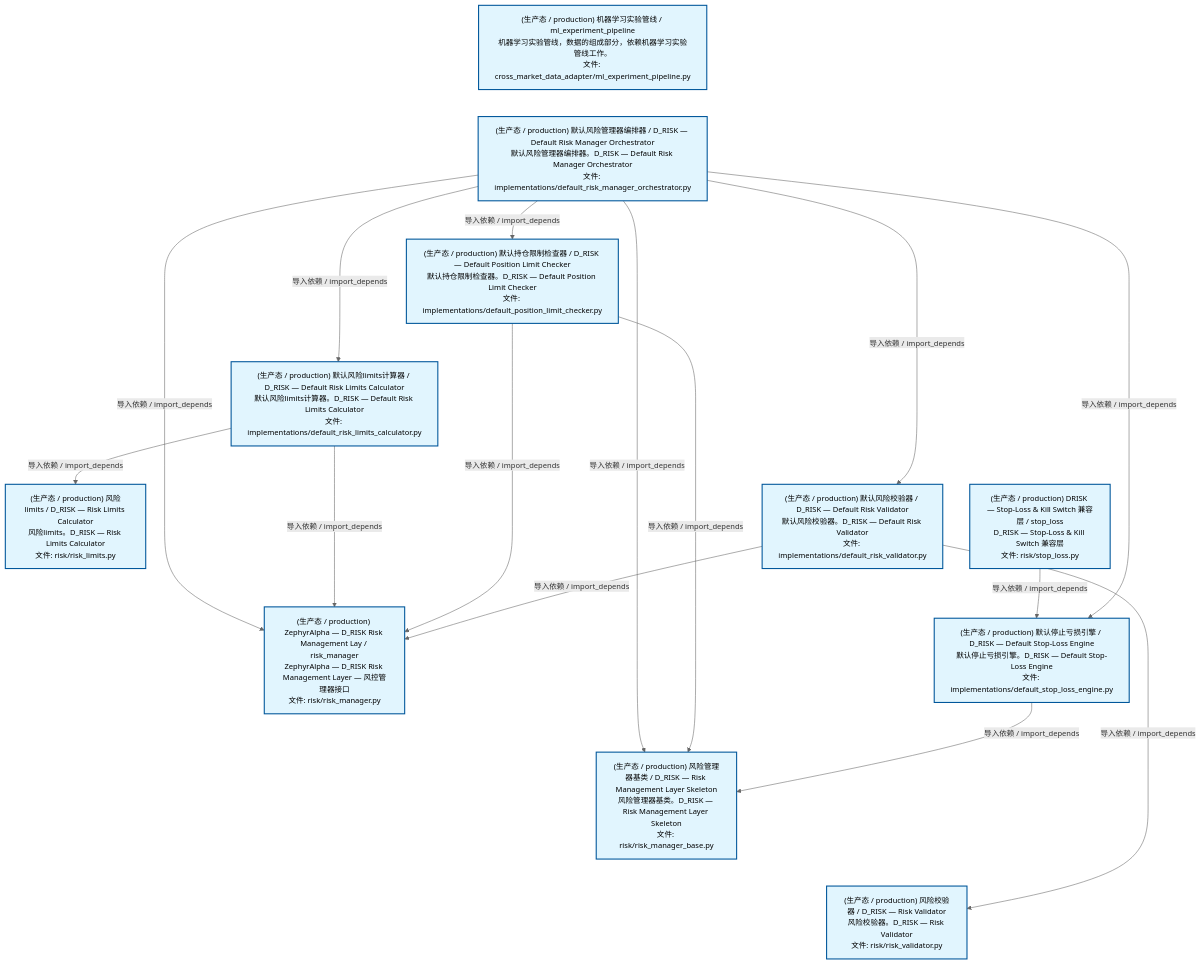
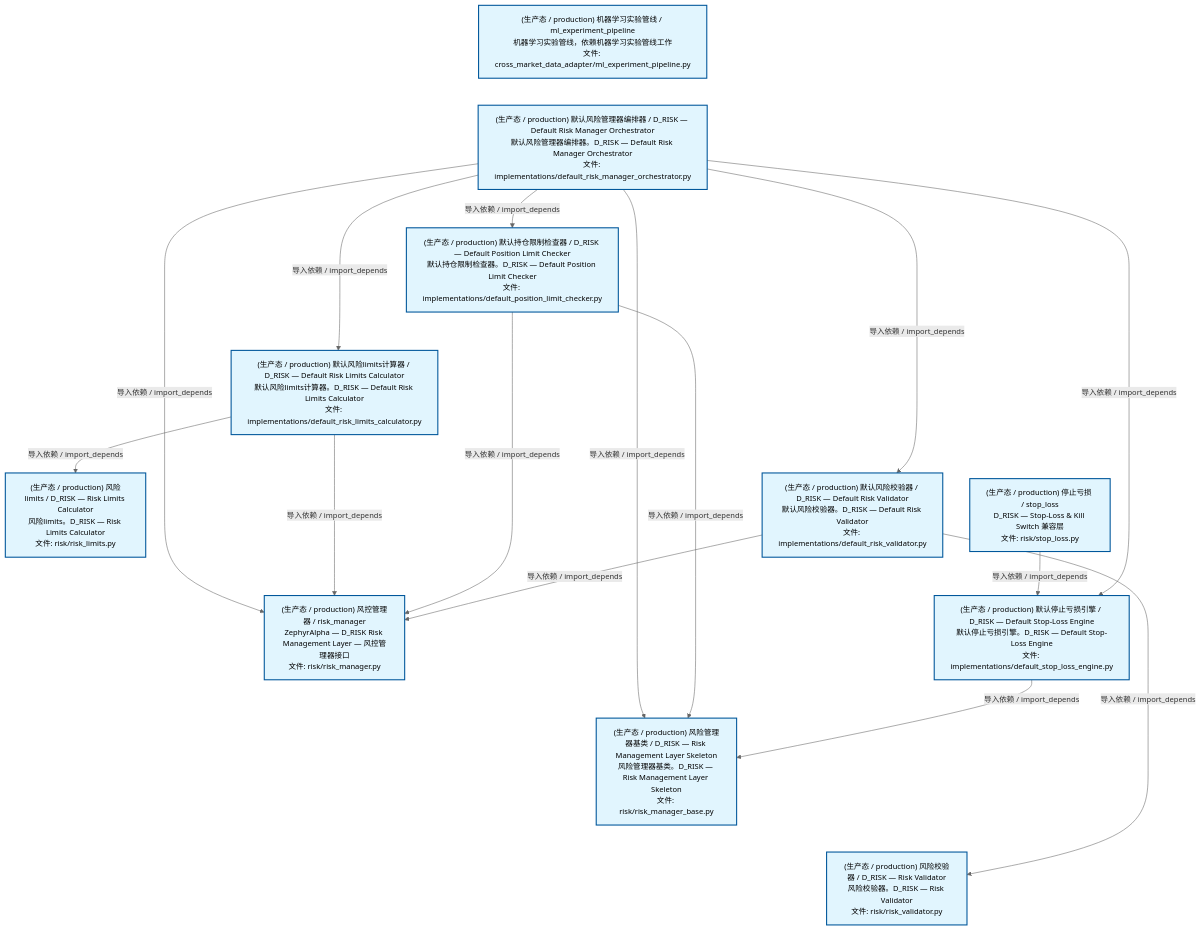
Before and after one commit to xuanFelixVan/ZephyrAlpha: the second of 4 diagrams in docs/02_enterprise_architecture/02_domain_architecture_docs/65_d_risk.md, drawn with Mermaid. The commit also changed other lines of this file and 50 other files, not shown here.

````diff
--- a/docs/02_enterprise_architecture/02_domain_architecture_docs/65_d_risk.md
+++ b/docs/02_enterprise_architecture/02_domain_architecture_docs/65_d_risk.md
@@ -134,42 +134,42 @@
 ```mermaid
 %%{init: {'theme': 'base', 'themeVariables': {'primaryColor': '#eaeaea', 'primaryTextColor': '#333333', 'primaryBorderColor': '#666666', 'lineColor': '#666666', 'secondaryColor': '#eaeaea', 'tertiaryColor': '#eaeaea', 'fontSize': '14px'}}}%%
 flowchart TD
-    src_zephyr_risk_cross_asset_cross_market_data_adapter_ml_experiment_pipeline_py["(生产态 / production) 机器学习实验管线 / ml_experiment_pipeline<br/>机器学习实验管线，数据的组成部分，依赖机器学习实验管线工作。<br/>文件: cross_market_data_adapter/ml_experiment_pipeline.py"]
+    src_zephyr_risk_cross_asset_cross_market_data_adapter_ml_experiment_pipeline_py["(生产态 / production) 机器学习实验管线 / ml_experiment_pipeline<br/>机器学习实验管线，依赖机器学习实验管线工作<br/>文件: cross_market_data_adapter/ml_experiment_pipeline.py"]
     src_zephyr_risk_implementations_default_risk_manager_orchestrator_py["(生产态 / production) 默认风险管理器编排器 / D_RISK — Default Risk Manager Orchestrator<br/>默认风险管理器编排器。D_RISK — Default Risk Manager Orchestrator<br/>文件: implementations/default_risk_manager_orchestrator.py"]
-    src_zephyr_risk_stop_loss_py["(生产态 / production) DRISK — Stop-Loss & Kill Switch 兼容层 / stop_loss<br/>D_RISK — Stop-Loss & Kill Switch 兼容层<br/>文件: risk/stop_loss.py"]
+    src_zephyr_risk_stop_loss_py["(生产态 / production) 停止亏损 / stop_loss<br/>D_RISK — Stop-Loss & Kill Switch 兼容层<br/>文件: risk/stop_loss.py"]
     src_zephyr_risk_cross_asset_cross_market_data_adapter_ml_experiment_pipeline_py ~~~ src_zephyr_risk_implementations_default_risk_manager_orchestrator_py
     src_zephyr_risk_implementations_default_risk_manager_orchestrator_py ~~~ src_zephyr_risk_stop_loss_py
     src_zephyr_risk_implementations_default_position_limit_checker_py["(生产态 / production) 默认持仓限制检查器 / D_RISK — Default Position Limit Checker<br/>默认持仓限制检查器。D_RISK — Default Position Limit Checker<br/>文件: implementations/default_position_limit_checker.py"]
     src_zephyr_risk_implementations_default_risk_limits_calculator_py["(生产态 / production) 默认风险limits计算器 / D_RISK — Default Risk Limits Calculator<br/>默认风险limits计算器。D_RISK — Default Risk Limits Calculator<br/>文件: implementations/default_risk_limits_calculator.py"]
     src_zephyr_risk_implementations_default_risk_validator_py["(生产态 / production) 默认风险校验器 / D_RISK — Default Risk Validator<br/>默认风险校验器。D_RISK — Default Risk Validator<br/>文件: implementations/default_risk_validator.py"]
     src_zephyr_risk_implementations_default_stop_loss_engine_py["(生产态 / production) 默认停止亏损引擎 / D_RISK — Default Stop-Loss Engine<br/>默认停止亏损引擎。D_RISK — Default Stop-Loss Engine<br/>文件: implementations/default_stop_loss_engine.py"]
     src_zephyr_risk_implementations_default_position_limit_checker_py ~~~ src_zephyr_risk_implementations_default_risk_limits_calculator_py
     src_zephyr_risk_implementations_default_risk_limits_calculator_py ~~~ src_zephyr_risk_implementations_default_risk_validator_py
     src_zephyr_risk_implementations_default_risk_validator_py ~~~ src_zephyr_risk_implementations_default_stop_loss_engine_py
     src_zephyr_risk_risk_limits_py["(生产态 / production) 风险limits / D_RISK — Risk Limits Calculator<br/>风险limits。D_RISK — Risk Limits Calculator<br/>文件: risk/risk_limits.py"]
-    src_zephyr_risk_risk_manager_py["(生产态 / production) ZephyrAlpha — D_RISK Risk Management Lay / risk_manager<br/>ZephyrAlpha — D_RISK Risk Management Layer — 风控管理器接口<br/>文件: risk/risk_manager.py"]
+    src_zephyr_risk_risk_manager_py["(生产态 / production) 风控管理器 / risk_manager<br/>ZephyrAlpha — D_RISK Risk Management Layer — 风控管理器接口<br/>文件: risk/risk_manager.py"]
     src_zephyr_risk_risk_manager_base_py["(生产态 / production) 风险管理器基类 / D_RISK — Risk Management Layer Skeleton<br/>风险管理器基类。D_RISK — Risk Management Layer Skeleton<br/>文件: risk/risk_manager_base.py"]
     src_zephyr_risk_risk_validator_py["(生产态 / production) 风险校验器 / D_RISK — Risk Validator<br/>风险校验器。D_RISK — Risk Validator<br/>文件: risk/risk_validator.py"]
     src_zephyr_risk_risk_limits_py ~~~ src_zephyr_risk_risk_manager_py
     src_zephyr_risk_risk_manager_py ~~~ src_zephyr_risk_risk_manager_base_py
     src_zephyr_risk_risk_manager_base_py ~~~ src_zephyr_risk_risk_validator_py
     src_zephyr_risk_stop_loss_py -->|导入依赖 / import_depends| src_zephyr_risk_implementations_default_stop_loss_engine_py
     src_zephyr_risk_implementations_default_risk_manager_orchestrator_py -->|导入依赖 / import_depends| src_zephyr_risk_risk_manager_py
     src_zephyr_risk_implementations_default_risk_manager_orchestrator_py -->|导入依赖 / import_depends| src_zephyr_risk_risk_manager_base_py
     src_zephyr_risk_implementations_default_risk_manager_orchestrator_py -->|导入依赖 / import_depends| src_zephyr_risk_implementations_default_risk_limits_calculator_py
     src_zephyr_risk_implementations_default_risk_manager_orchestrator_py -->|导入依赖 / import_depends| src_zephyr_risk_implementations_default_position_limit_checker_py
     src_zephyr_risk_implementations_default_risk_manager_orchestrator_py -->|导入依赖 / import_depends| src_zephyr_risk_implementations_default_risk_validator_py
     src_zephyr_risk_implementations_default_risk_manager_orchestrator_py -->|导入依赖 / import_depends| src_zephyr_risk_implementations_default_stop_loss_engine_py
     src_zephyr_risk_implementations_default_risk_limits_calculator_py -->|导入依赖 / import_depends| src_zephyr_risk_risk_limits_py
     src_zephyr_risk_implementations_default_risk_limits_calculator_py -->|导入依赖 / import_depends| src_zephyr_risk_risk_manager_py
     src_zephyr_risk_implementations_default_position_limit_checker_py -->|导入依赖 / import_depends| src_zephyr_risk_risk_manager_py
     src_zephyr_risk_implementations_default_position_limit_checker_py -->|导入依赖 / import_depends| src_zephyr_risk_risk_manager_base_py
     src_zephyr_risk_implementations_default_risk_validator_py -->|导入依赖 / import_depends| src_zephyr_risk_risk_manager_py
     src_zephyr_risk_implementations_default_risk_validator_py -->|导入依赖 / import_depends| src_zephyr_risk_risk_validator_py
     src_zephyr_risk_implementations_default_stop_loss_engine_py -->|导入依赖 / import_depends| src_zephyr_risk_risk_manager_base_py
     classDef production fill:#e1f5fe,stroke:#01579b,stroke-width:2px,color:#000
     classDef design fill:#fff3e0,stroke:#e65100,stroke-width:2px,color:#000,stroke-dasharray: 5 5
     classDef external_prod fill:#e8f4fd,stroke:#0277bd,stroke-width:1px,color:#000
     classDef external_design fill:#fff8e7,stroke:#ef6c00,stroke-width:1px,color:#000,stroke-dasharray: 5 5
     class src_zephyr_risk_cross_asset_cross_market_data_adapter_ml_experiment_pipeline_py,src_zephyr_risk_implementations_default_position_limit_checker_py,src_zephyr_risk_implementations_default_risk_limits_calculator_py,src_zephyr_risk_implementations_default_risk_manager_orchestrator_py,src_zephyr_risk_implementations_default_risk_validator_py,src_zephyr_risk_implementations_default_stop_loss_engine_py,src_zephyr_risk_risk_limits_py,src_zephyr_risk_risk_manager_py,src_zephyr_risk_risk_manager_base_py,src_zephyr_risk_risk_validator_py,src_zephyr_risk_stop_loss_py production
 ```
````
